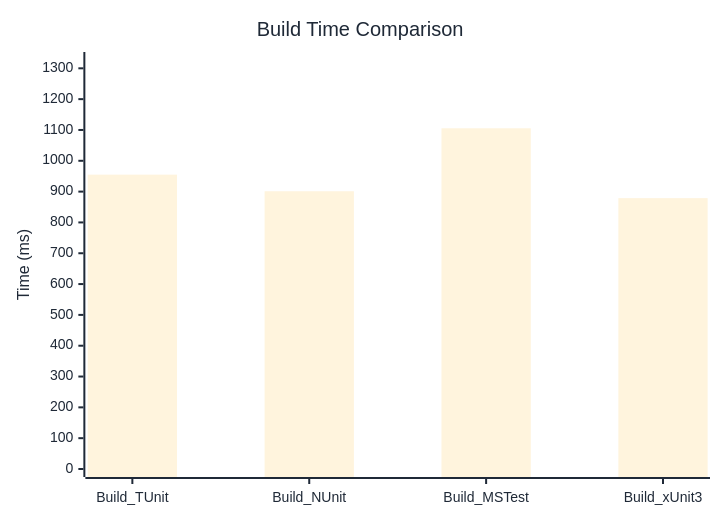
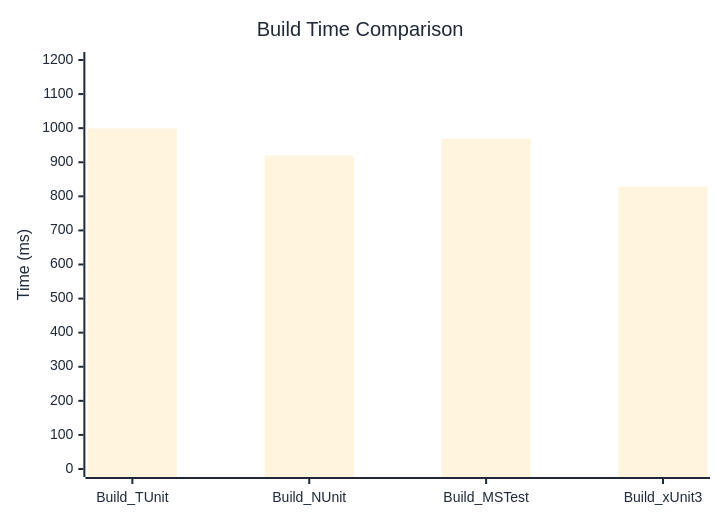
One commit to thomhurst/TUnit changed the diagram in docs/docs/benchmarks/engine/BuildTime.md. Above: the diagram before and after it, drawn with Mermaid. The commit also changed other lines of this file and 18 other files, not shown here.

````diff
--- a/docs/docs/benchmarks/engine/BuildTime.md
+++ b/docs/docs/benchmarks/engine/BuildTime.md
@@ -30,37 +30,37 @@
 ```mermaid
 %%{init: {
   'theme':'base',
   'themeVariables': {
     'primaryColor': '#2563eb',
     'primaryTextColor': '#1f2937',
     'primaryBorderColor': '#1e40af',
     'lineColor': '#6b7280',
     'secondaryColor': '#7c3aed',
     'tertiaryColor': '#dc2626',
     'background': '#ffffff',
     'mainBkg': '#2563eb',
     'secondBkg': '#7c3aed',
     'tertiaryBkg': '#dc2626',
     'clusterBkg': '#f3f4f6',
     'edgeLabelBackground': '#ffffff',
     'tertiaryTextColor': '#1f2937',
     'pie1': '#2563eb',
     'pie2': '#7c3aed',
     'pie3': '#dc2626',
     'pie4': '#f59e0b',
     'pie5': '#10b981',
     'pie6': '#06b6d4',
     'pie7': '#ec4899',
     'pie8': '#6366f1',
     'pie9': '#84cc16',
     'pie10': '#f97316',
     'pie11': '#14b8a6',
     'pie12': '#a855f7'
   }
 }}%%
 xychart-beta
   title "Build Time Comparison"
   x-axis ["Build_TUnit", "Build_NUnit", "Build_MSTest", "Build_xUnit3"]
-  y-axis "Time (ms)" 0 --> 1327
-  bar [955, 901.2, 1105.5, 878.8]
+  y-axis "Time (ms)" 0 --> 1200
+  bar [999.4, 919.6, 969.4, 828.4]
 ```
````
